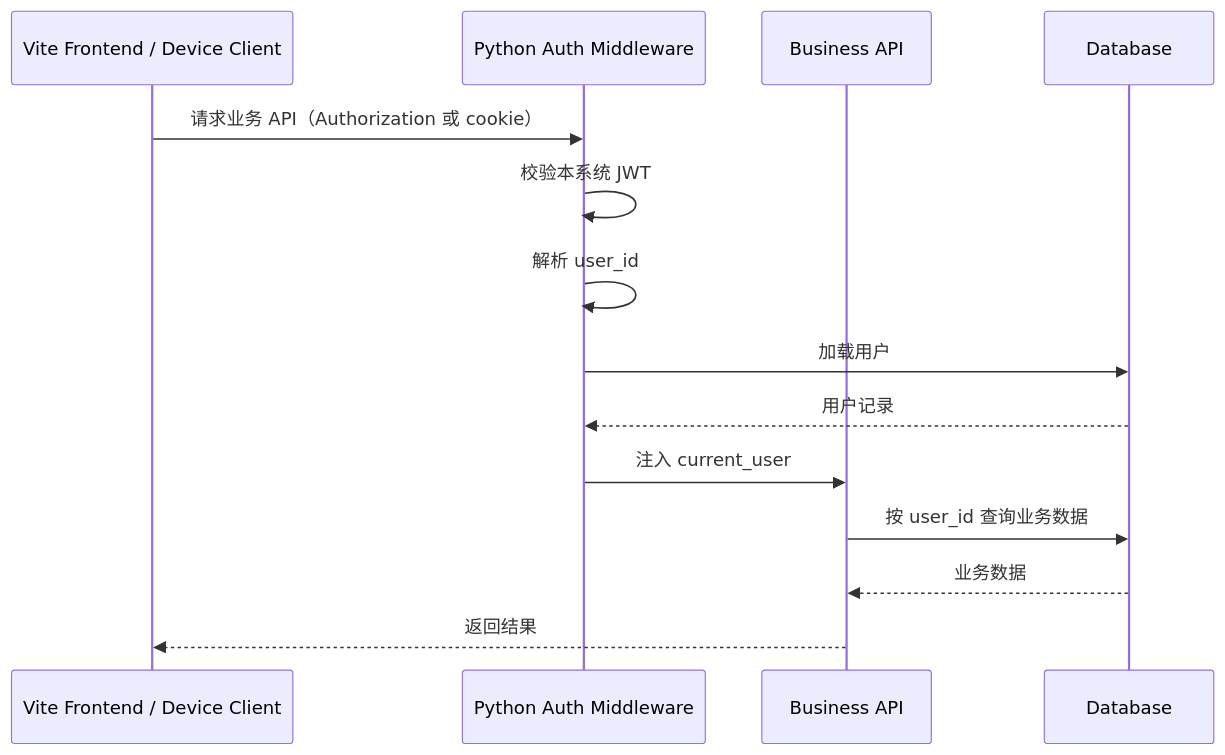
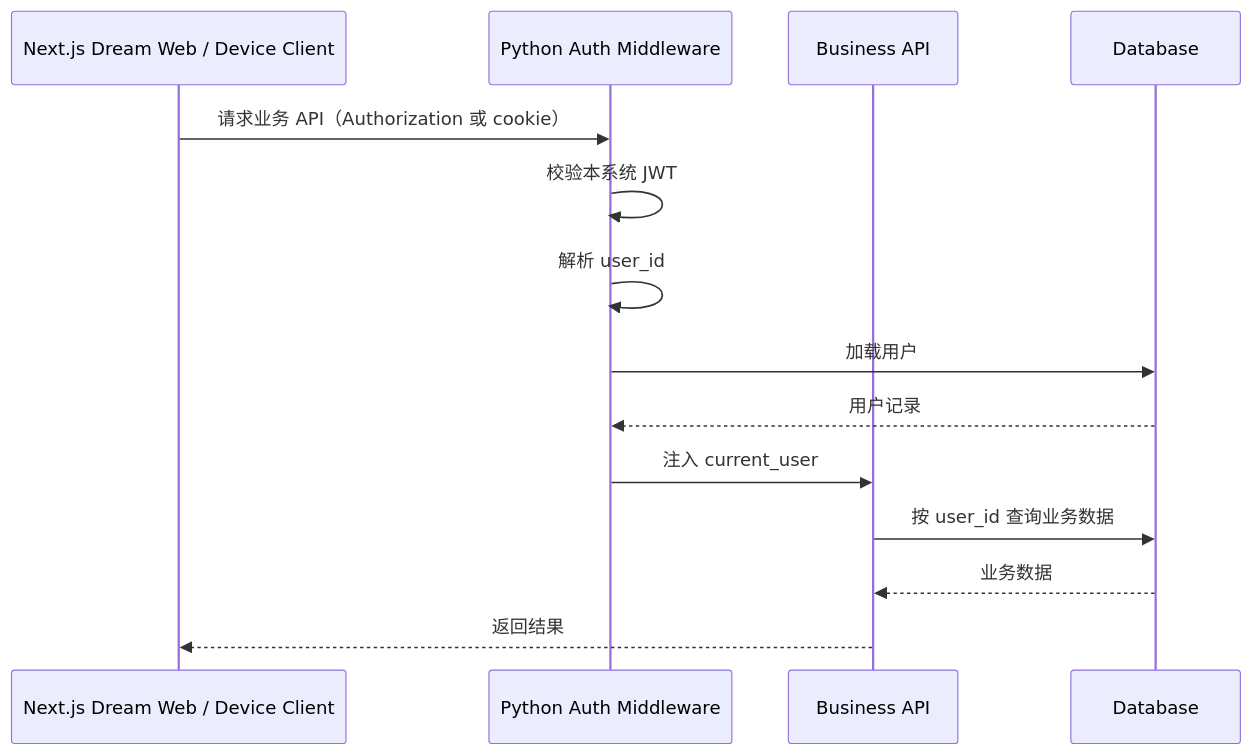
One commit to glide-the/im-dream changed the second of 3 diagrams in docs/architecture/auth.md. Above: the diagram before and after it, drawn with Mermaid. The commit also changed other lines of this file and 106 other files, not shown here.

Commit message:
docs: align Dream architecture with Next workspace

````diff
--- a/docs/architecture/auth.md
+++ b/docs/architecture/auth.md
@@ -290,17 +295,17 @@
 ```mermaid
 sequenceDiagram
-    participant Client as Vite Frontend / Device Client
+    participant Client as Next.js Dream Web / Device Client
     participant Middleware as Python Auth Middleware
     participant API as Business API
     participant DB as Database
 
     Client->>Middleware: 请求业务 API（Authorization 或 cookie）
     Middleware->>Middleware: 校验本系统 JWT
     Middleware->>Middleware: 解析 user_id
     Middleware->>DB: 加载用户
     DB-->>Middleware: 用户记录
     Middleware->>API: 注入 current_user
     API->>DB: 按 user_id 查询业务数据
     DB-->>API: 业务数据
     API-->>Client: 返回结果
 ```
````
